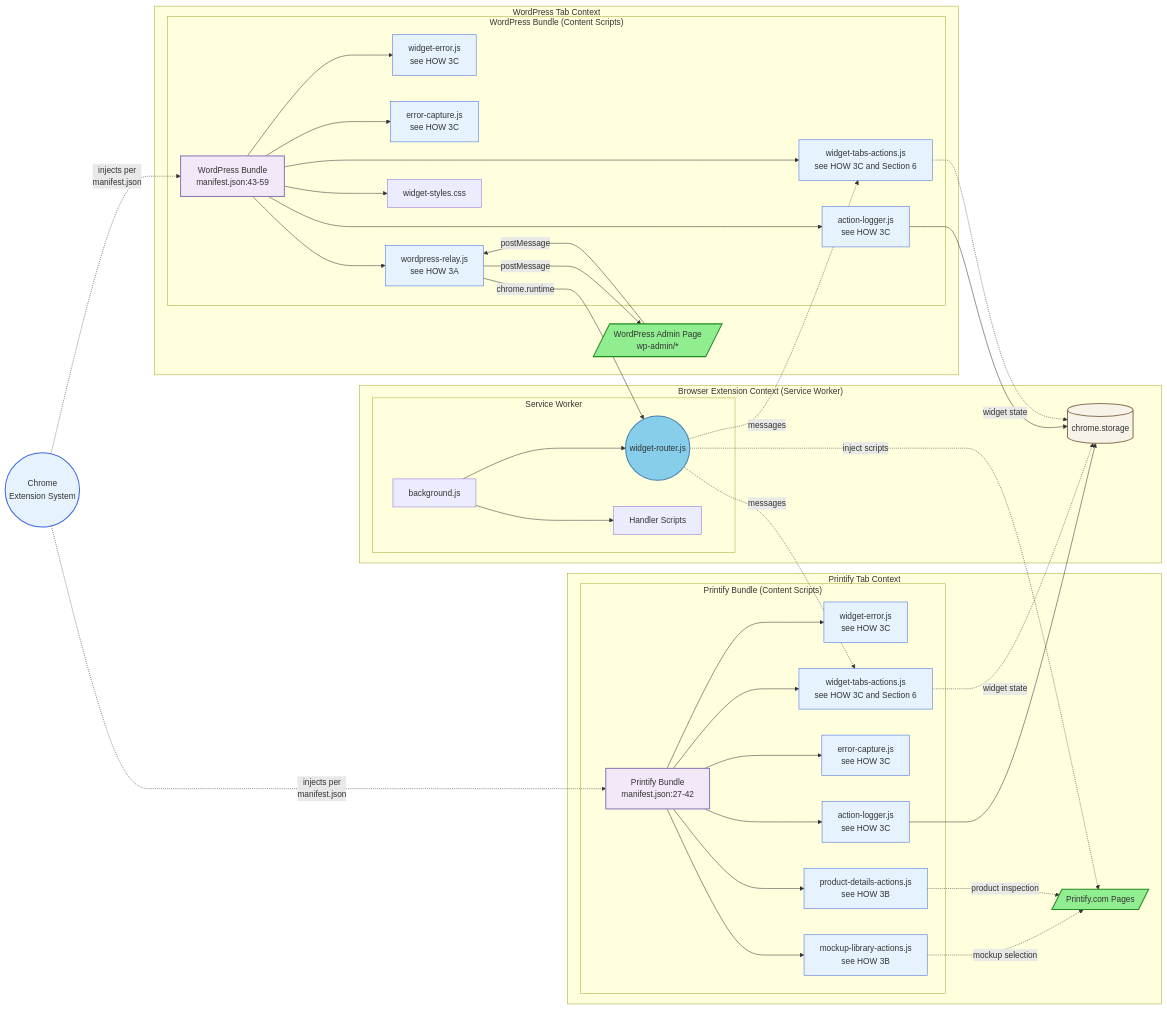
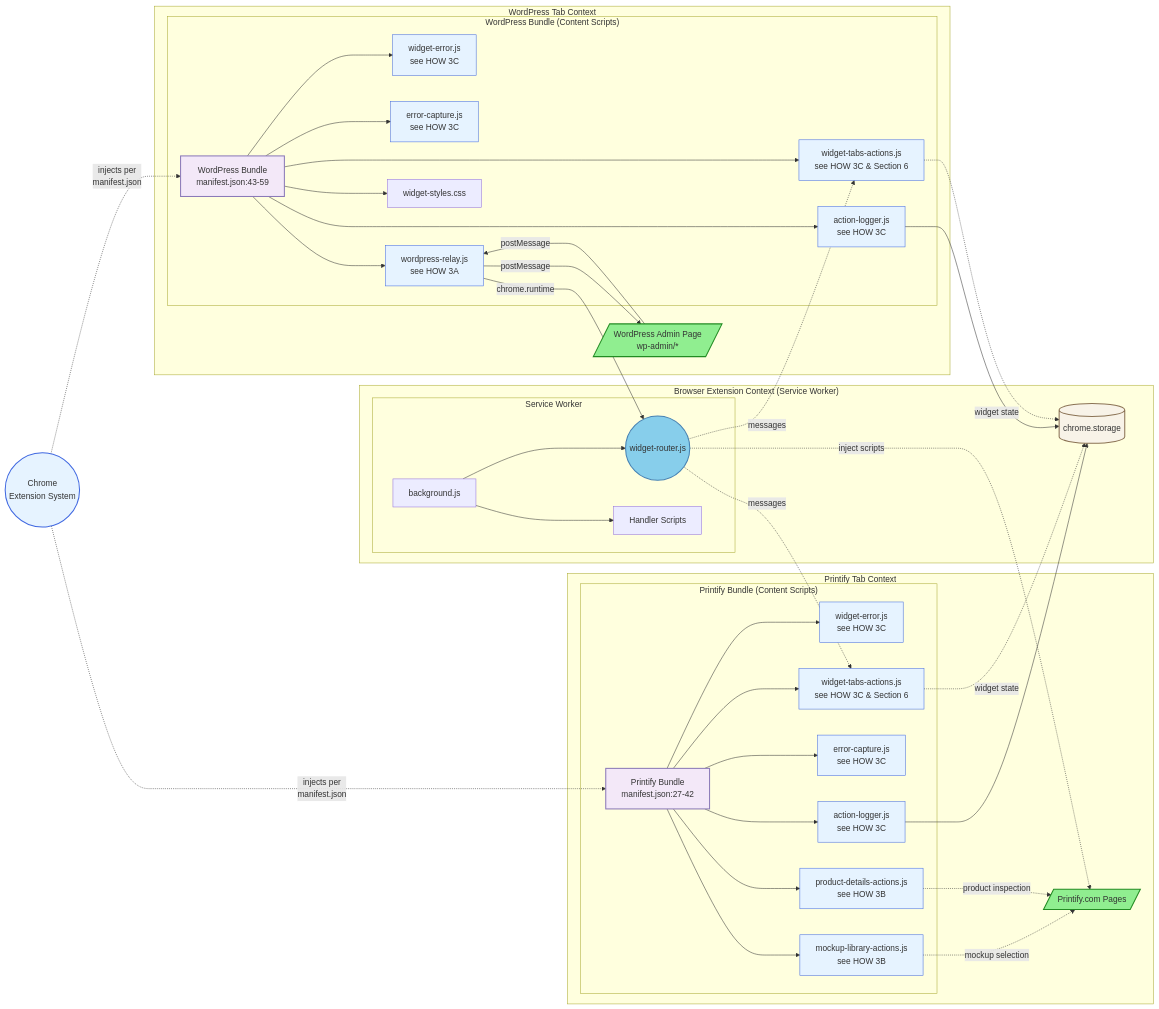
One commit to tdemelle-SiP/.claude changed the second of 5 diagrams in guidelines/sip-printify-manager-extension-guidelines-v2.md. Above: the diagram before and after it, drawn with Mermaid. The commit also changed other lines of this file and 2 other files, not shown here.

````diff
--- a/guidelines/sip-printify-manager-extension-guidelines-v2.md
+++ b/guidelines/sip-printify-manager-extension-guidelines-v2.md
@@ -214,73 +214,73 @@
 ```mermaid
 graph LR
   Chrome((Chrome<br/>Extension System))
   
   subgraph "Browser Extension Context (Service Worker)"
     subgraph "Service Worker"
       SW[background.js] --> Router((widget-router.js))
       SW --> Handlers[Handler Scripts]
     end
     
     Storage[(chrome.storage)]
   end
   
   subgraph "WordPress Tab Context"
     subgraph "WordPress Bundle (Content Scripts)"
       WPBundle[WordPress Bundle<br/>manifest.json:43-59]
       WPBundle --> WE[widget-error.js<br/>see HOW 3C]
       WPBundle --> AL1[action-logger.js<br/>see HOW 3C]
       WPBundle --> EC1[error-capture.js<br/>see HOW 3C]
       WPBundle --> WR[wordpress-relay.js<br/>see HOW 3A]
-      WPBundle --> WT1[widget-tabs-actions.js<br/>see HOW 3C and Section 6]
+      WPBundle --> WT1[widget-tabs-actions.js<br/>see HOW 3C & Section 6]
       WPBundle --> WSS[widget-styles.css]
     end
     
     WPPage[/WordPress Admin Page<br/>wp-admin/*/]
     WR -->|postMessage| WPPage
     WPPage -->|postMessage| WR
   end
   
   subgraph "Printify Tab Context"
     subgraph "Printify Bundle (Content Scripts)"
       PBundle[Printify Bundle<br/>manifest.json:27-42]
       PBundle --> WE2[widget-error.js<br/>see HOW 3C]
       PBundle --> AL2[action-logger.js<br/>see HOW 3C]
       PBundle --> EC2[error-capture.js<br/>see HOW 3C]
-      PBundle --> WT2[widget-tabs-actions.js<br/>see HOW 3C and Section 6]
+      PBundle --> WT2[widget-tabs-actions.js<br/>see HOW 3C & Section 6]
       PBundle --> MLA[mockup-library-actions.js<br/>see HOW 3B]
       PBundle --> PDA[product-details-actions.js<br/>see HOW 3B]
     end
     
     PrintifyPage[/Printify.com Pages/]
     MLA -.->|mockup selection| PrintifyPage
     PDA -.->|product inspection| PrintifyPage
   end
   
   WR -->|chrome.runtime| Router
   Router -.->|messages| WT1
   Router -.->|messages| WT2
   Router -.->|inject scripts| PrintifyPage
   AL1 --> Storage
   AL2 --> Storage
   WT1 -.->|widget state| Storage
   WT2 -.->|widget state| Storage
   
   Chrome -.->|injects per<br/>manifest.json| WPBundle
   Chrome -.->|injects per<br/>manifest.json| PBundle
   
   %% Style definitions
   classDef userFacingStyle fill:#90EE90,stroke:#228B22,stroke-width:2px
   classDef routerStyle fill:#87CEEB,stroke:#4682B4,stroke-width:2px
   classDef scriptStyle fill:#E6F3FF,stroke:#4169E1,stroke-width:1px
   classDef storageStyle fill:#F8F3E8,stroke:#8B7355,stroke-width:2px
   classDef groupStyle fill:#F3E8F8,stroke:#8B7AB8,stroke-width:2px
   classDef chromeStyle fill:#E6F3FF,stroke:#4169E1,stroke-width:2px
   
   %% Apply styles
   class WPPage,PrintifyPage userFacingStyle
   class Router routerStyle
   class WE,WE2,AL1,AL2,EC1,EC2,WR,WT1,WT2,MLA,PDA scriptStyle
   class Storage storageStyle
   class WPBundle,PBundle groupStyle
   class Chrome chromeStyle
 ```
````
